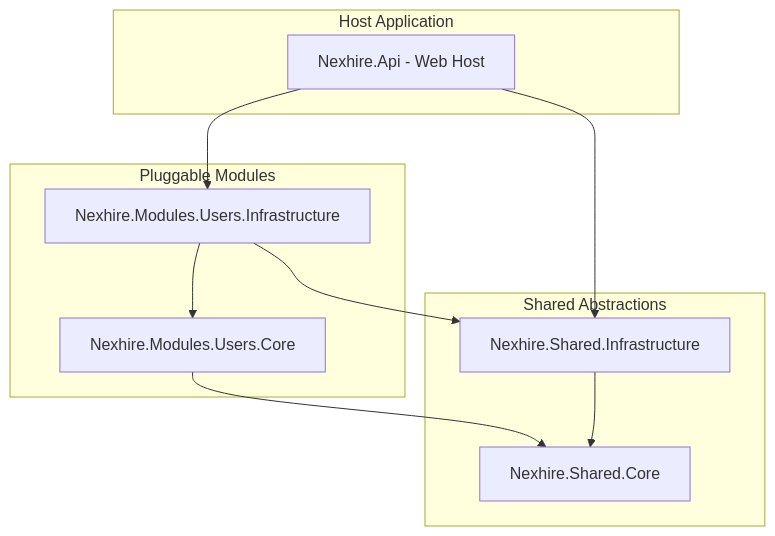
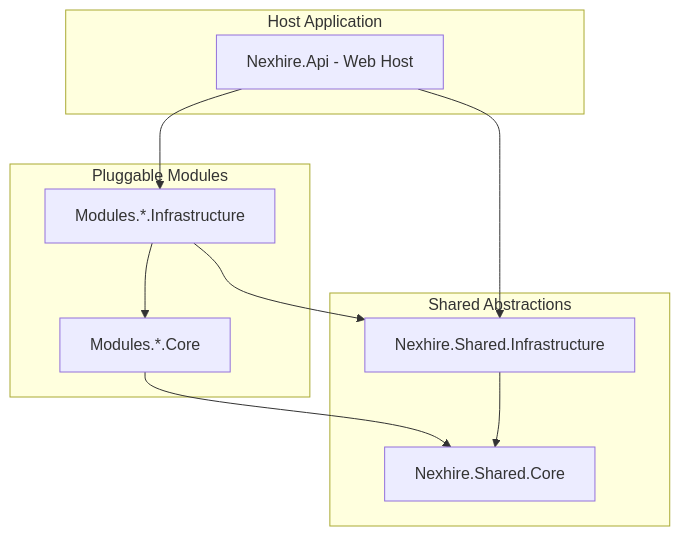
One commit to arif-ahmed/nexhire-core changed the diagram in README.md. Above: the diagram before and after it, drawn with Mermaid. The commit also changed other lines of this file and 2 other files, not shown here.

Commit message:
feat: implement JobSeekerProfileQueryApiAdapter and align README

````diff
--- a/README.md
+++ b/README.md
@@ -11,24 +11,24 @@
 ```mermaid
 graph TD
     subgraph Host Application
         Api[Nexhire.Api - Web Host]
     end
 
     subgraph Shared Abstractions
         SharedCore[Nexhire.Shared.Core]
         SharedInfra[Nexhire.Shared.Infrastructure]
     end
 
     subgraph Pluggable Modules
-        UsersCore[Nexhire.Modules.Users.Core]
-        UsersInfra[Nexhire.Modules.Users.Infrastructure]
+        ModulesCore[Modules.*.Core]
+        ModulesInfra[Modules.*.Infrastructure]
     end
 
-    Api --> UsersInfra
+    Api --> ModulesInfra
     Api --> SharedInfra
 
-    UsersInfra --> UsersCore
-    UsersInfra --> SharedInfra
-    UsersCore --> SharedCore
+    ModulesInfra --> ModulesCore
+    ModulesInfra --> SharedInfra
+    ModulesCore --> SharedCore
     SharedInfra --> SharedCore
 ```
````
